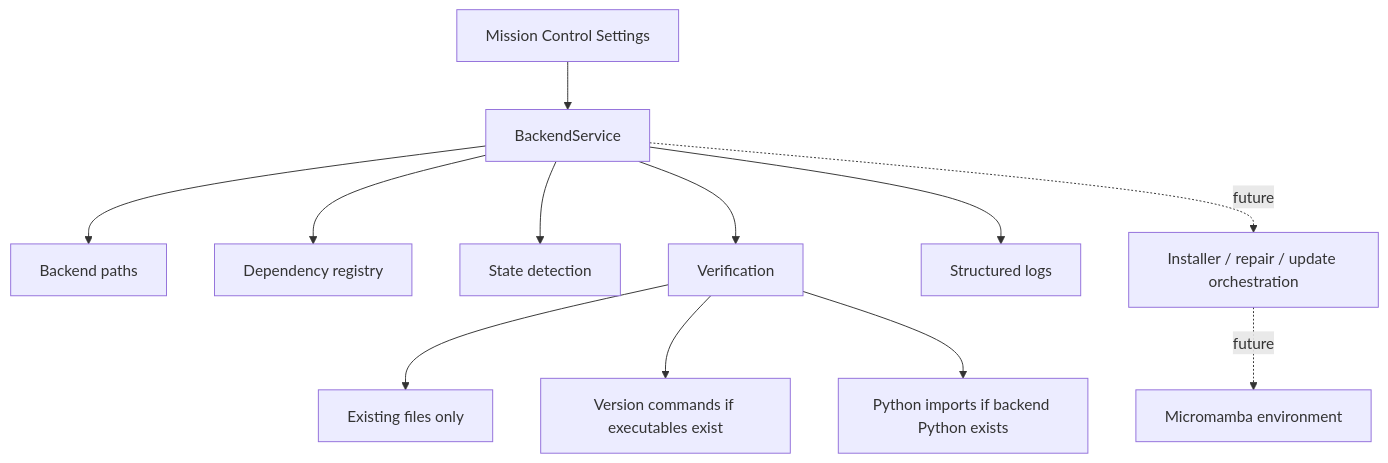
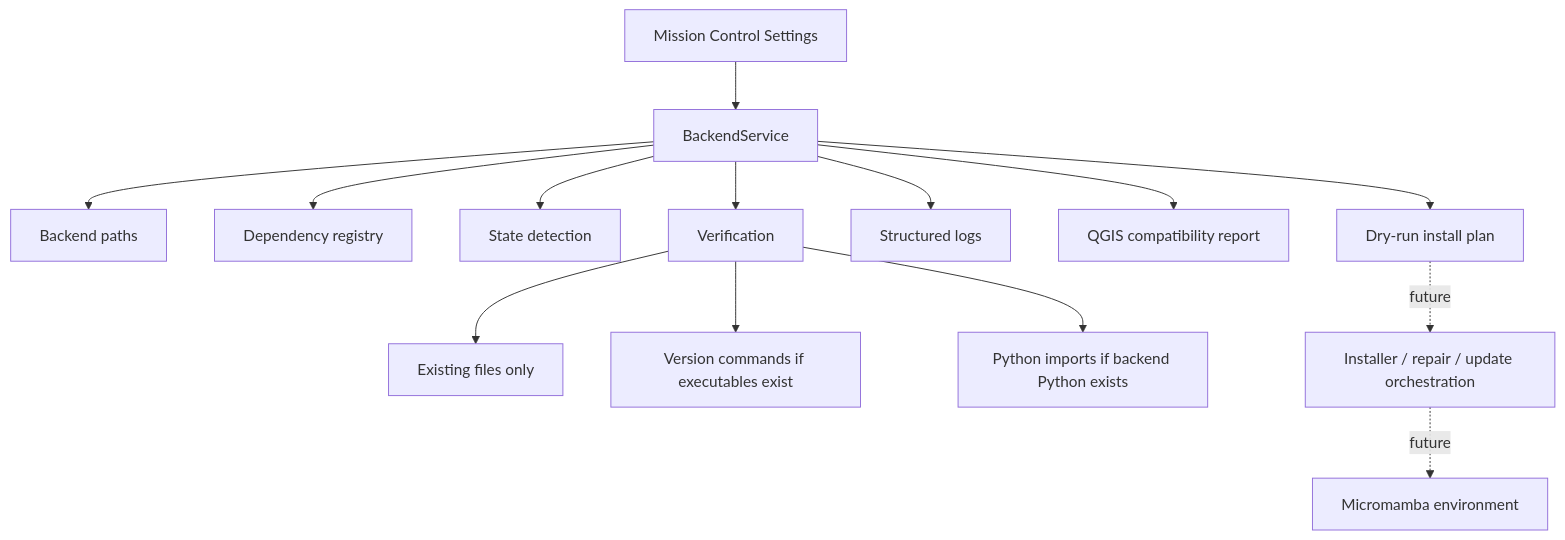
One commit to sticholas/pyforestscan-qgis changed the diagram in docs/backend/PBM_ARCHITECTURE.md. Above: the diagram before and after it, drawn with Mermaid. The commit also changed other lines of this file and 25 other files, not shown here.

Commit message:
Phase 22B: Add PBM install planning and QGIS compatibility layer

````diff
--- a/docs/backend/PBM_ARCHITECTURE.md
+++ b/docs/backend/PBM_ARCHITECTURE.md
@@ -25,14 +25,16 @@
 ```mermaid
 flowchart TD
     A["Mission Control Settings"] --> B["BackendService"]
     B --> C["Backend paths"]
     B --> D["Dependency registry"]
     B --> E["State detection"]
     B --> F["Verification"]
     B --> G["Structured logs"]
+    B --> M["QGIS compatibility report"]
+    B --> N["Dry-run install plan"]
     F --> H["Existing files only"]
     F --> I["Version commands if executables exist"]
     F --> J["Python imports if backend Python exists"]
-    B -."future".-> K["Installer / repair / update orchestration"]
+    N -."future".-> K["Installer / repair / update orchestration"]
     K -."future".-> L["Micromamba environment"]
 ```
````
